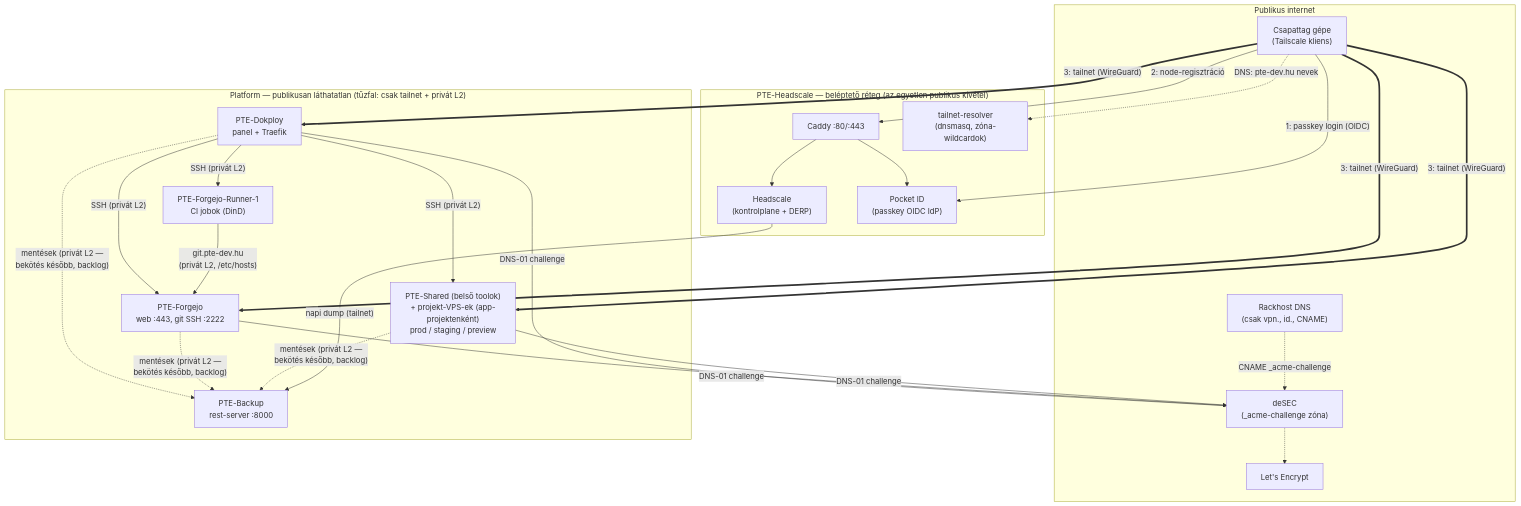
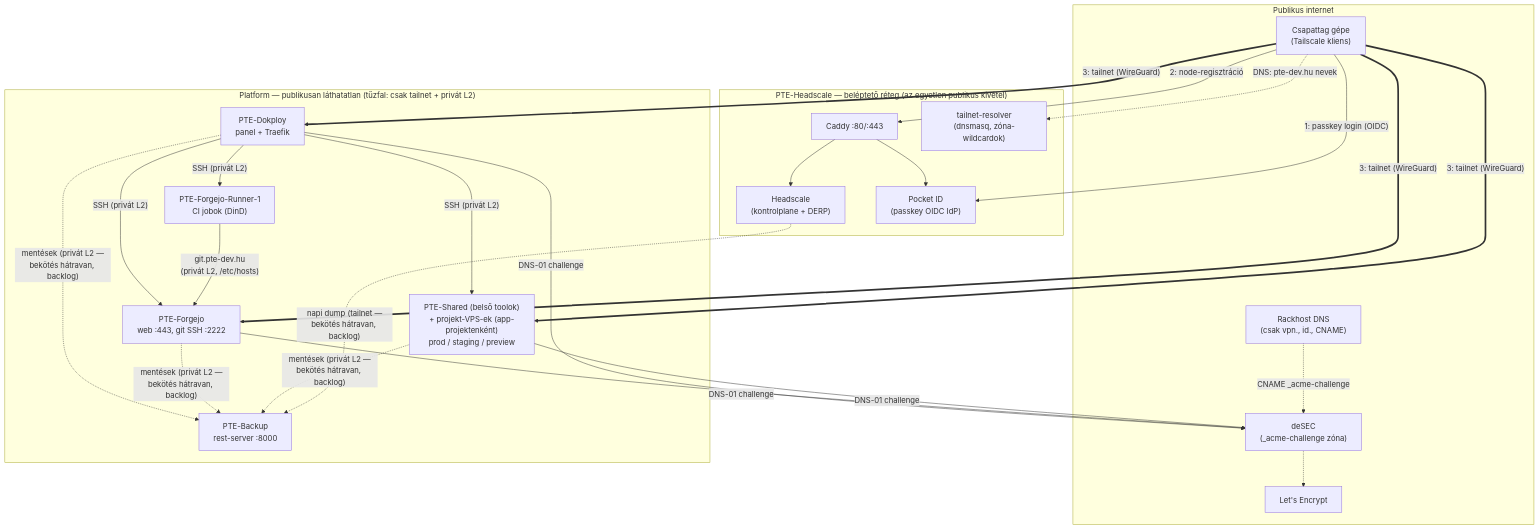
The first of 5 diagrams in docs/architektura.md (pte-kiss-bence/platform-infrastructure), drawn with Mermaid before and after one commit. The commit also changed other lines of this file and 5 other files, not shown here.

````diff
--- a/docs/architektura.md
+++ b/docs/architektura.md
@@ -66,40 +66,40 @@
 ```mermaid
 flowchart TB
     subgraph NET["Publikus internet"]
         USER["Csapattag gépe<br/>(Tailscale kliens)"]
         LE["Let's Encrypt"]
         DESEC["deSEC<br/>(_acme-challenge zóna)"]
         RACKHOST["Rackhost DNS<br/>(csak vpn., id., CNAME)"]
     end
 
     subgraph BELEP["PTE-Headscale — beléptető réteg (az egyetlen publikus kivétel)"]
         CADDY["Caddy :80/:443"]
         HS["Headscale<br/>(kontrolplane + DERP)"]
         PID["Pocket ID<br/>(passkey OIDC IdP)"]
         DNSMASQ["tailnet-resolver<br/>(dnsmasq, zóna-wildcardok)"]
     end
 
     subgraph PLATFORM["Platform — publikusan láthatatlan (tűzfal: csak tailnet + privát L2)"]
         DOK["PTE-Dokploy<br/>panel + Traefik"]
         FOR["PTE-Forgejo<br/>web :443, git SSH :2222"]
         RUN["PTE-Forgejo-Runner-1<br/>CI jobok (DinD)"]
         APP["PTE-Shared (belső toolok)<br/>+ projekt-VPS-ek (app-projektenként)<br/>prod / staging / preview"]
         BCK["PTE-Backup<br/>rest-server :8000"]
     end
 
     USER -- "1: passkey login (OIDC)" --> PID
     USER -- "2: node-regisztráció" --> CADDY
     CADDY --> HS
     CADDY --> PID
     USER == "3: tailnet (WireGuard)" ==> DOK & FOR & APP
     USER -. "DNS: pte-dev.hu nevek" .-> DNSMASQ
 
     DOK -- "SSH (privát L2)" --> FOR & RUN & APP
     RUN -- "git.pte-dev.hu<br/>(privát L2, /etc/hosts)" --> FOR
-    DOK & FOR & APP -. "mentések (privát L2 —<br/>bekötés később, backlog)" .-> BCK
-    HS -- "napi dump (tailnet)" --> BCK
+    DOK & FOR & APP -. "mentések (privát L2 —<br/>bekötés hátravan, backlog)" .-> BCK
+    HS -. "napi dump (tailnet —<br/>bekötés hátravan, backlog)" .-> BCK
 
     DOK & FOR & APP -- "DNS-01 challenge" --> DESEC
     DESEC -.-> LE
     RACKHOST -. "CNAME _acme-challenge" .-> DESEC
 ```
````
